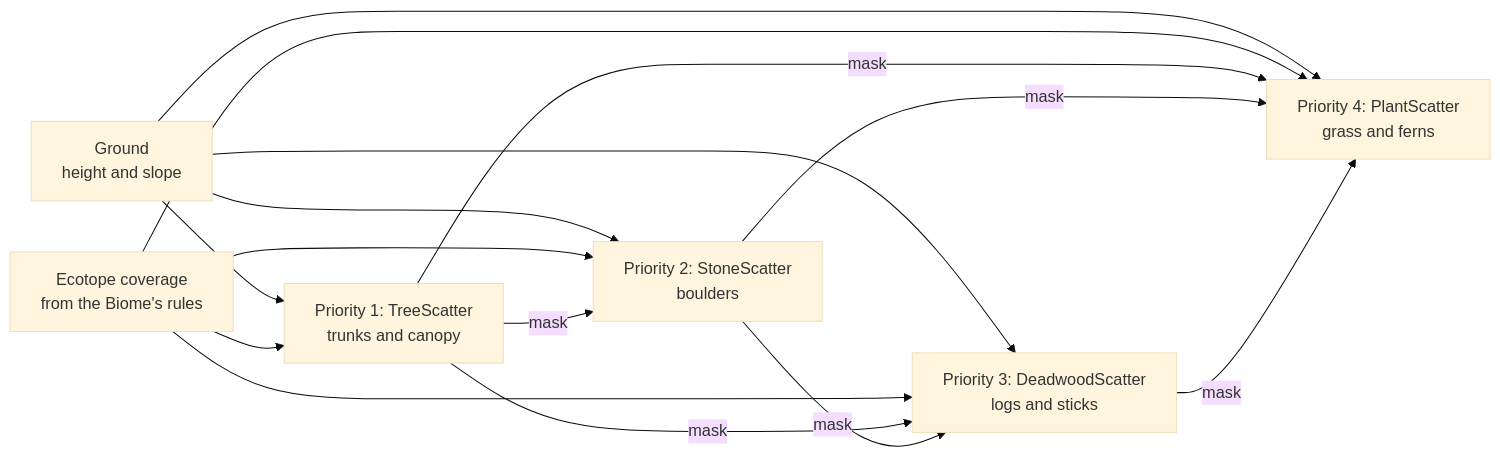
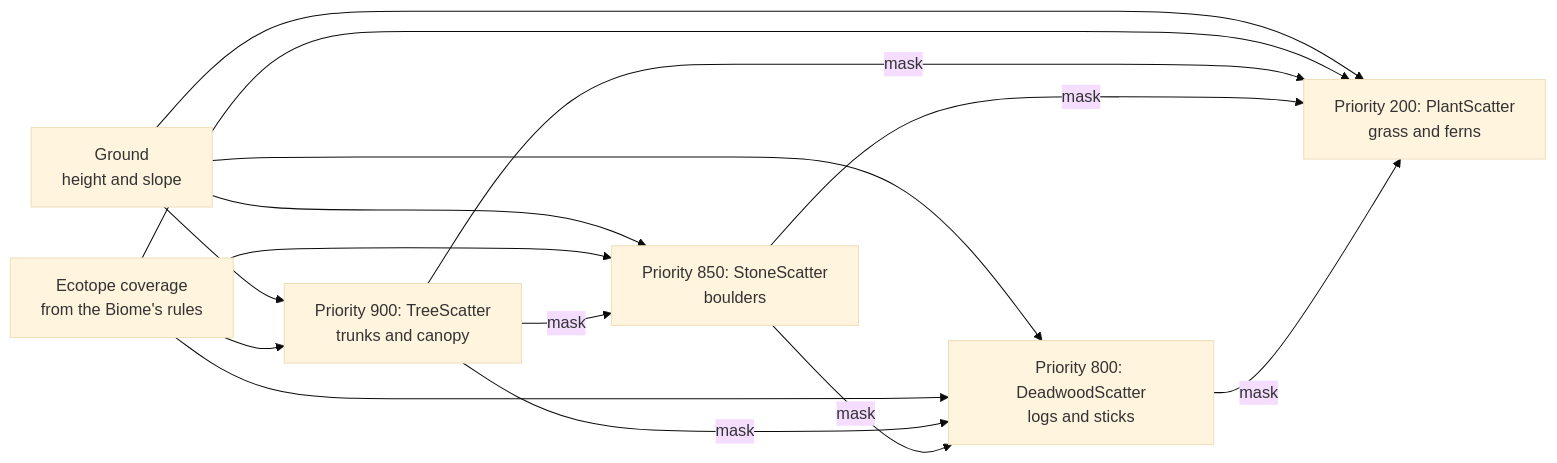
One commit to phayes/procgena changed the second of 2 diagrams in ARCHITECTURE.md. Above: the diagram before and after it, drawn with Mermaid (base theme). The commit also changed other lines of this file and 2 other files, not shown here.

Commit message:
Apply D3 decisions and F2 core status to ARCHITECTURE and ROADMAP; add D4 gate

````diff
--- a/ARCHITECTURE.md
+++ b/ARCHITECTURE.md
@@ -127,24 +127,24 @@
 ```mermaid
 flowchart LR
     Ground["Ground<br/>height and slope"]
     Coverage["Ecotope coverage<br/>from the Biome's rules"]
-    S1["Priority 1: TreeScatter<br/>trunks and canopy"]
-    S2["Priority 2: StoneScatter<br/>boulders"]
-    S3["Priority 3: DeadwoodScatter<br/>logs and sticks"]
-    S4["Priority 4: PlantScatter<br/>grass and ferns"]
+    S1["Priority 900: TreeScatter<br/>trunks and canopy"]
+    S2["Priority 850: StoneScatter<br/>boulders"]
+    S3["Priority 800: DeadwoodScatter<br/>logs and sticks"]
+    S4["Priority 200: PlantScatter<br/>grass and ferns"]
 
     Ground --> S1
     Ground --> S2
     Ground --> S3
     Ground --> S4
     Coverage --> S1
     Coverage --> S2
     Coverage --> S3
     Coverage --> S4
     S1 -->|"mask"| S2
     S1 -->|"mask"| S3
     S1 -->|"mask"| S4
     S2 -->|"mask"| S3
     S2 -->|"mask"| S4
     S3 -->|"mask"| S4
 ```
````
